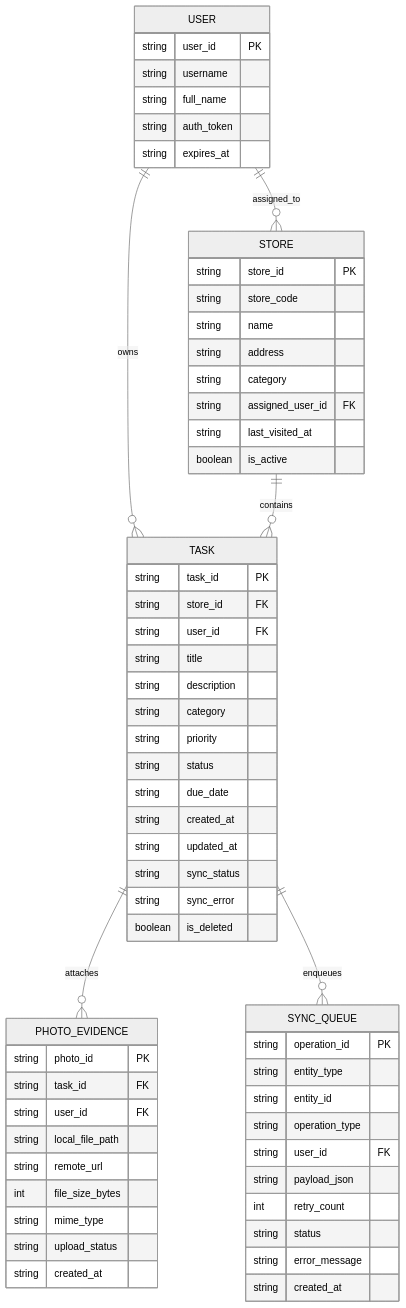
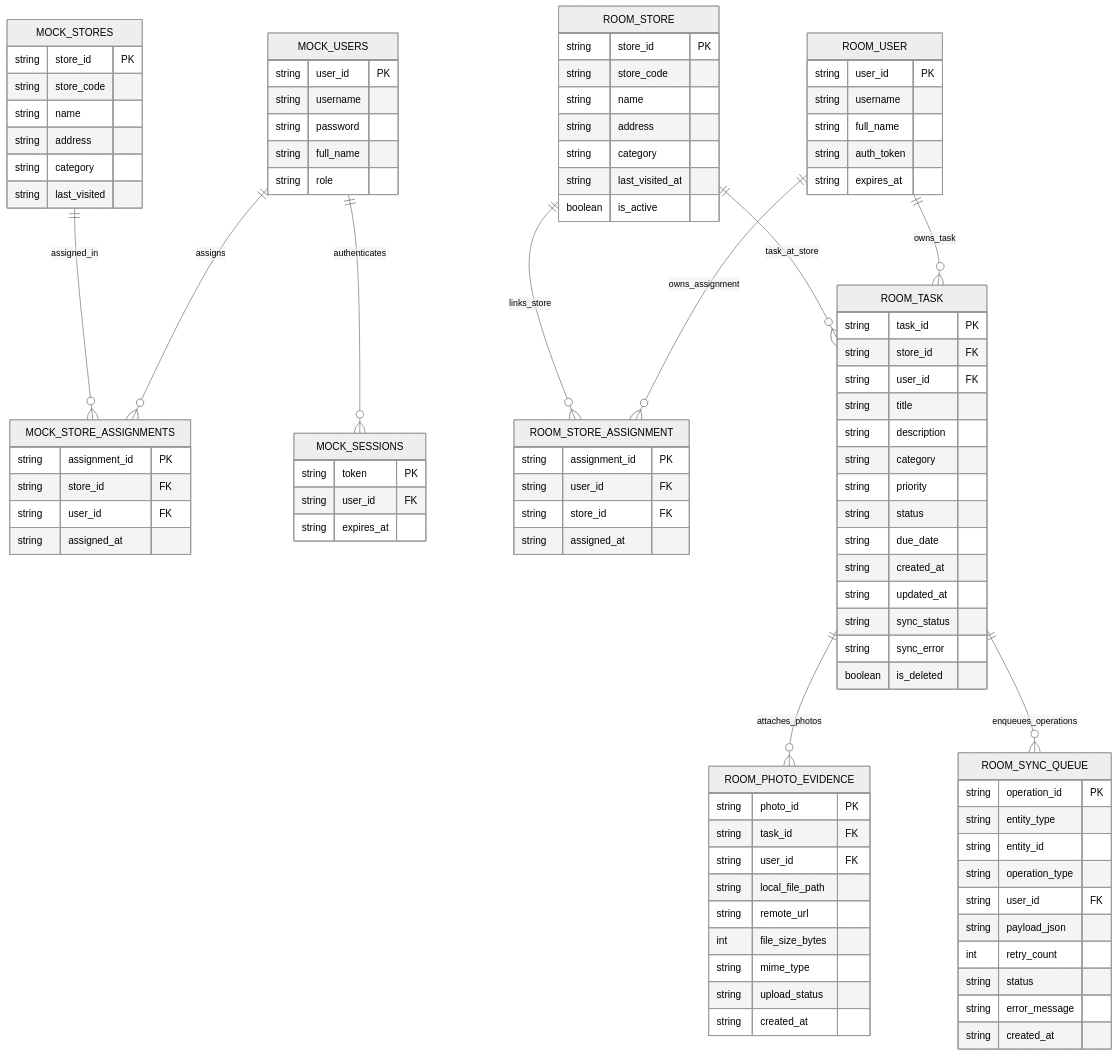
One commit to kaiwebcode/Store-Visit-Management-System changed the diagram in docs/diagrams/database.mmd. Above: the diagram before and after it, drawn with Mermaid (neutral theme). The commit also changed 42 other files, not shown here.

Commit message:
docs(day15): finalize review corrections and submission evidence and integrate premium StoreVisit dark theme

```diff
--- a/docs/diagrams/database.mmd
+++ b/docs/diagrams/database.mmd
@@ -1,67 +1,114 @@
 erDiagram
-    USER ||--o{ STORE : assigned_to
-    USER ||--o{ TASK : owns
-    STORE ||--o{ TASK : contains
-    TASK ||--o{ PHOTO_EVIDENCE : attaches
-    TASK ||--o{ SYNC_QUEUE : enqueues
+    %% =========================================================================
+    %% SECTION 1: IMPLEMENTED DAY 15 MOCK DATABASE (mock_server.db - In-Process SQLite)
+    %% =========================================================================
+    MOCK_USERS ||--o{ MOCK_STORE_ASSIGNMENTS : assigns
+    MOCK_STORES ||--o{ MOCK_STORE_ASSIGNMENTS : assigned_in
+    MOCK_USERS ||--o{ MOCK_SESSIONS : authenticates
 
-    USER {
+    MOCK_USERS {
+        string user_id PK
+        string username
+        string password
+        string full_name
+        string role
+    }
+
+    MOCK_STORES {
+        string store_id PK
+        string store_code
+        string name
+        string address
+        string category
+        string last_visited
+    }
+
+    MOCK_STORE_ASSIGNMENTS {
+        string assignment_id PK
+        string store_id FK
+        string user_id FK
+        string assigned_at
+    }
+
+    MOCK_SESSIONS {
+        string token PK
+        string user_id FK
+        string expires_at
+    }
+
+    %% =========================================================================
+    %% SECTION 2: PLANNED ROOM APP LOCAL DATABASE (AppDatabase.db - Days 16-19)
+    %% =========================================================================
+    ROOM_USER ||--o{ ROOM_STORE_ASSIGNMENT : owns_assignment
+    ROOM_STORE ||--o{ ROOM_STORE_ASSIGNMENT : links_store
+    ROOM_USER ||--o{ ROOM_TASK : owns_task
+    ROOM_STORE ||--o{ ROOM_TASK : task_at_store
+    ROOM_TASK ||--o{ ROOM_PHOTO_EVIDENCE : attaches_photos
+    ROOM_TASK ||--o{ ROOM_SYNC_QUEUE : enqueues_operations
+
+    ROOM_USER {
         string user_id PK
         string username
         string full_name
         string auth_token
         string expires_at
     }
 
-    STORE {
+    ROOM_STORE {
         string store_id PK
         string store_code
         string name
         string address
         string category
-        string assigned_user_id FK
         string last_visited_at
         boolean is_active
     }
 
-    TASK {
+    ROOM_STORE_ASSIGNMENT {
+        string assignment_id PK
+        string user_id FK
+        string store_id FK
+        string assigned_at
+    }
+
+    ROOM_TASK {
         string task_id PK
         string store_id FK
         string user_id FK
         string title
         string description
         string category
         string priority
         string status
         string due_date
         string created_at
         string updated_at
         string sync_status
         string sync_error
         boolean is_deleted
     }
 
-    PHOTO_EVIDENCE {
+    ROOM_PHOTO_EVIDENCE {
         string photo_id PK
         string task_id FK
         string user_id FK
         string local_file_path
         string remote_url
         int file_size_bytes
         string mime_type
         string upload_status
         string created_at
     }
 
-    SYNC_QUEUE {
+    ROOM_SYNC_QUEUE {
         string operation_id PK
         string entity_type
         string entity_id
         string operation_type
         string user_id FK
         string payload_json
         int retry_count
         string status
         string error_message
         string created_at
     }
```
